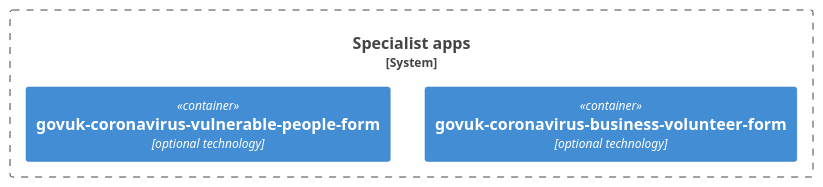
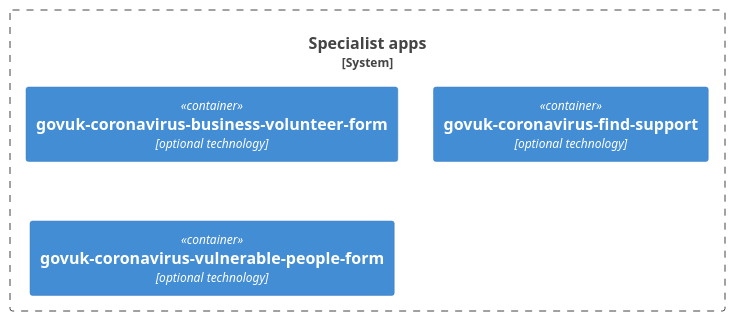
Before and after one commit to alphagov/govuk-developer-docs: the diagram in diagrams/specialist_apps.puml, drawn with PlantUML.

Commit message:
diagrams/specialist_apps: Add govuk-coronavirus-find-support form
- Apparently this is a thing? :shrug:
- I ran `bundle exec rake` and this appeared as changed.

```diff
--- a/diagrams/specialist_apps.puml
+++ b/diagrams/specialist_apps.puml
@@ -1,9 +1,10 @@
 @startuml C4_GOVUK_Container_specialist_apps
 !includeurl https://raw.githubusercontent.com/RicardoNiepel/C4-PlantUML/release/1-0/C4_Container.puml
 
 System_Boundary(specialist_apps, "Specialist apps"){
 Container(govuk_coronavirus_business_volunteer_form, "govuk-coronavirus-business-volunteer-form", "optional technology", "")
+Container(govuk_coronavirus_find_support, "govuk-coronavirus-find-support", "optional technology", "")
 Container(govuk_coronavirus_vulnerable_people_form, "govuk-coronavirus-vulnerable-people-form", "optional technology", "")
 }
 
 @enduml
```
